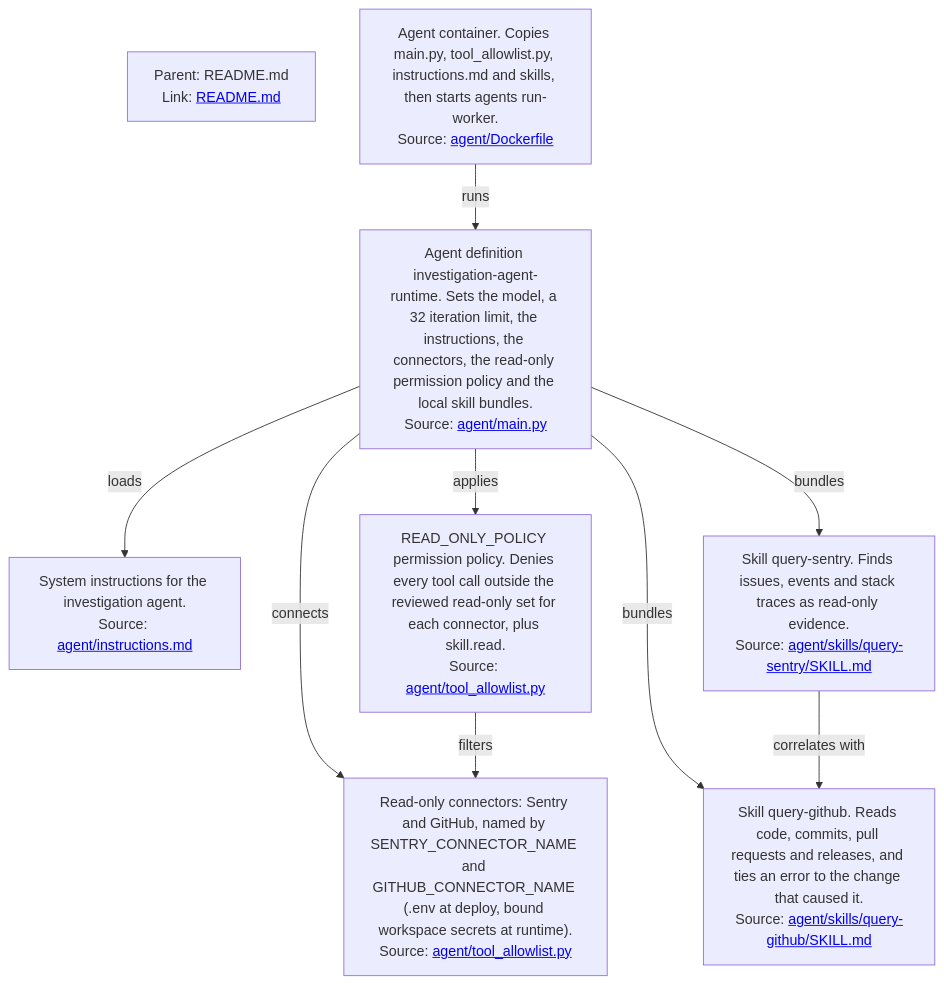
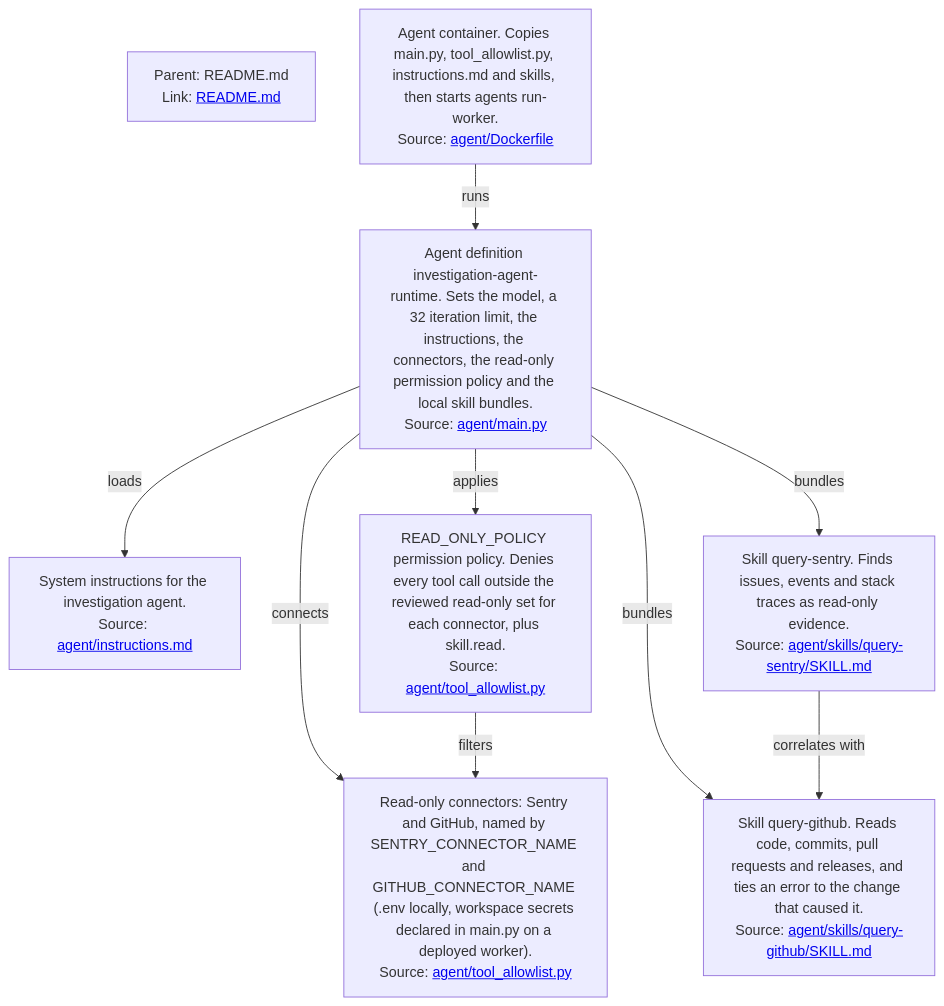
The diagram in mistral/agents/investigation_agent/investigation-agent/docs/agent.md (mistralai/cookbook), drawn with Mermaid before and after one commit. The commit also changed 4 other files, not shown here.

First line of the commit message:
Declare the connector-name secrets on the agent

````diff
--- a/mistral/agents/investigation_agent/investigation-agent/docs/agent.md
+++ b/mistral/agents/investigation_agent/investigation-agent/docs/agent.md
@@ -1,22 +1,22 @@
 ```mermaid
 graph TD
     %% Parent Graph Link
     ParentGraph["Parent: README.md<br/>Link: <a href='README.md'>README.md</a>"]
 
     Main["Agent definition investigation-agent-runtime. Sets the model, a 32 iteration limit, the instructions, the connectors, the read-only permission policy and the local skill bundles.<br/>Source: <a href='../agent/main.py'>agent/main.py</a>"]
     Image["Agent container. Copies main.py, tool_allowlist.py, instructions.md and skills, then starts agents run-worker.<br/>Source: <a href='../agent/Dockerfile'>agent/Dockerfile</a>"]
     Instructions["System instructions for the investigation agent.<br/>Source: <a href='../agent/instructions.md'>agent/instructions.md</a>"]
-    Connectors["Read-only connectors: Sentry and GitHub, named by SENTRY_CONNECTOR_NAME and GITHUB_CONNECTOR_NAME (.env at deploy, bound workspace secrets at runtime).<br/>Source: <a href='../agent/tool_allowlist.py'>agent/tool_allowlist.py</a>"]
+    Connectors["Read-only connectors: Sentry and GitHub, named by SENTRY_CONNECTOR_NAME and GITHUB_CONNECTOR_NAME (.env locally, workspace secrets declared in main.py on a deployed worker).<br/>Source: <a href='../agent/tool_allowlist.py'>agent/tool_allowlist.py</a>"]
     Policy["READ_ONLY_POLICY permission policy. Denies every tool call outside the reviewed read-only set for each connector, plus skill.read.<br/>Source: <a href='../agent/tool_allowlist.py'>agent/tool_allowlist.py</a>"]
     Sentry["Skill query-sentry. Finds issues, events and stack traces as read-only evidence.<br/>Source: <a href='../agent/skills/query-sentry/SKILL.md'>agent/skills/query-sentry/SKILL.md</a>"]
     GitHub["Skill query-github. Reads code, commits, pull requests and releases, and ties an error to the change that caused it.<br/>Source: <a href='../agent/skills/query-github/SKILL.md'>agent/skills/query-github/SKILL.md</a>"]
 
     Image -->|runs| Main
     Main -->|loads| Instructions
     Main -->|connects| Connectors
     Main -->|applies| Policy
     Policy -->|filters| Connectors
     Main -->|bundles| Sentry
     Main -->|bundles| GitHub
     Sentry -->|correlates with| GitHub
 ```
````
